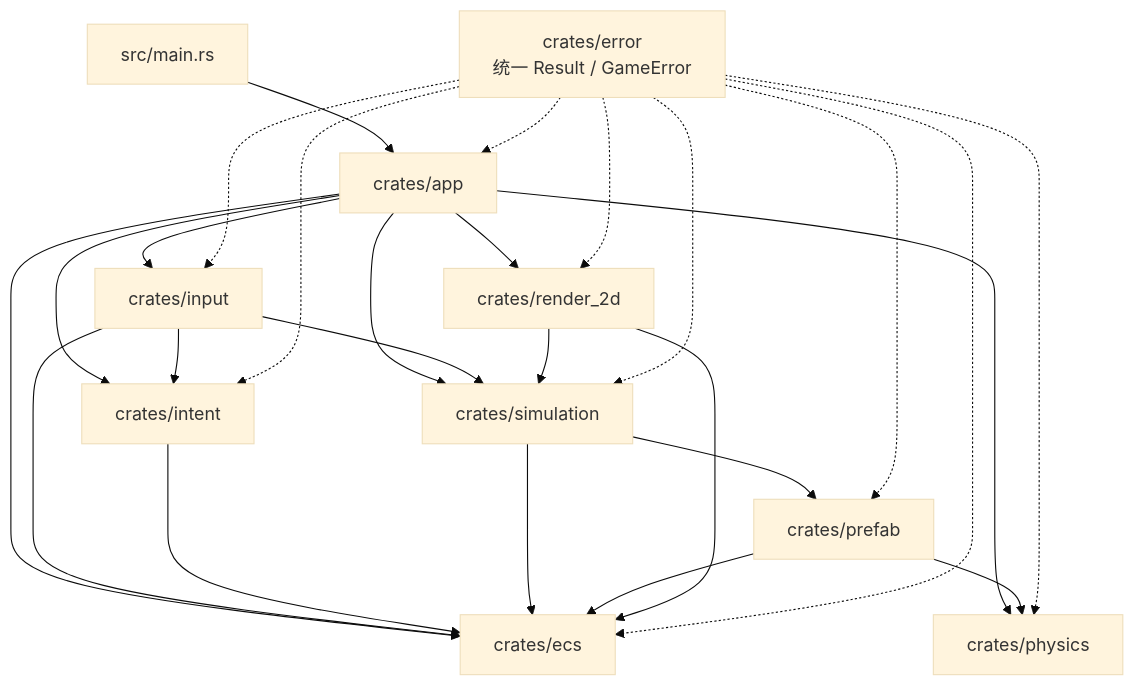
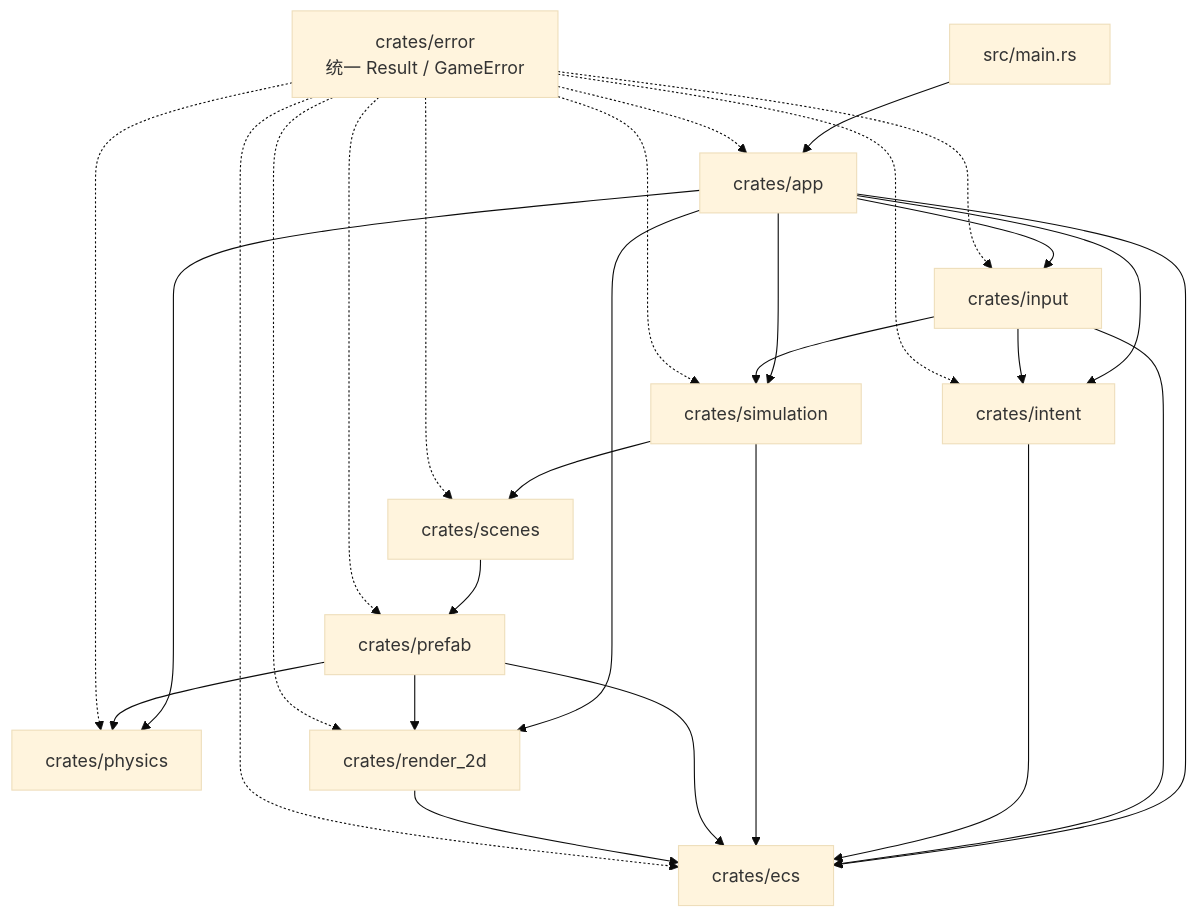
One commit to atlas-orien/bevy-template changed the diagram in README.md. Above: the diagram before and after it, drawn with Mermaid (base theme). The commit also changed other lines of this file and 37 other files, not shown here.

Commit message:
Add scenes and complete prefab render integration

````diff
--- a/README.md
+++ b/README.md
@@ -60,36 +61,38 @@
 ```mermaid
 flowchart TD
     main["src/main.rs"] --> app["crates/app"]
 
     app --> ecs["crates/ecs"]
     app --> physics["crates/physics"]
     app --> simulation["crates/simulation"]
     app --> input["crates/input"]
     app --> intent["crates/intent"]
     app --> render2d["crates/render_2d"]
 
     input --> ecs
     input --> intent
     input --> simulation
 
     intent --> ecs
 
     simulation --> ecs
-    simulation --> prefab["crates/prefab"]
+    simulation --> scenes["crates/scenes"]
 
+    scenes --> prefab["crates/prefab"]
     prefab --> ecs
     prefab --> physics
+    prefab --> render2d
 
     render2d --> ecs
-    render2d --> simulation
 
     error["crates/error<br/>统一 Result / GameError"]
     error -.-> app
     error -.-> ecs
     error -.-> physics
     error -.-> simulation
     error -.-> input
     error -.-> intent
     error -.-> prefab
+    error -.-> scenes
     error -.-> render2d
 ```
````
